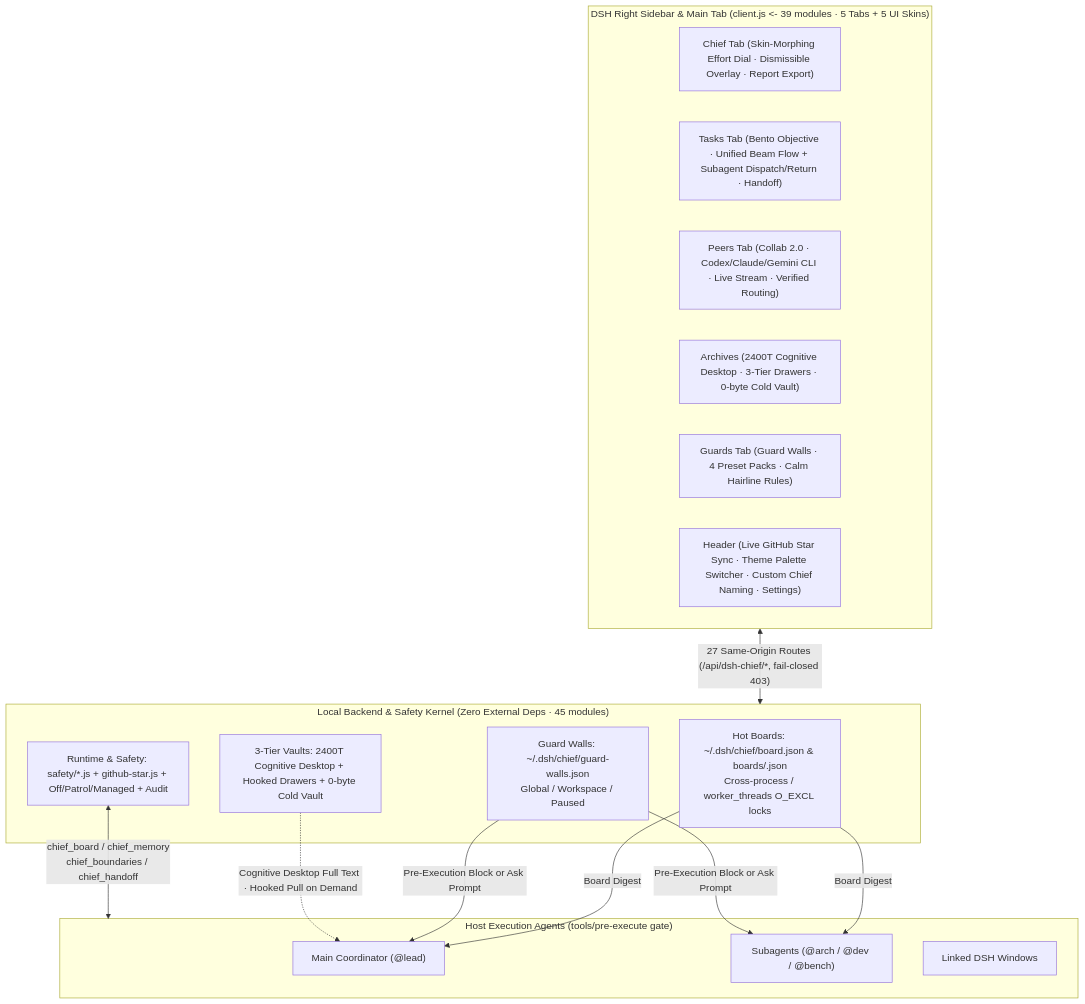
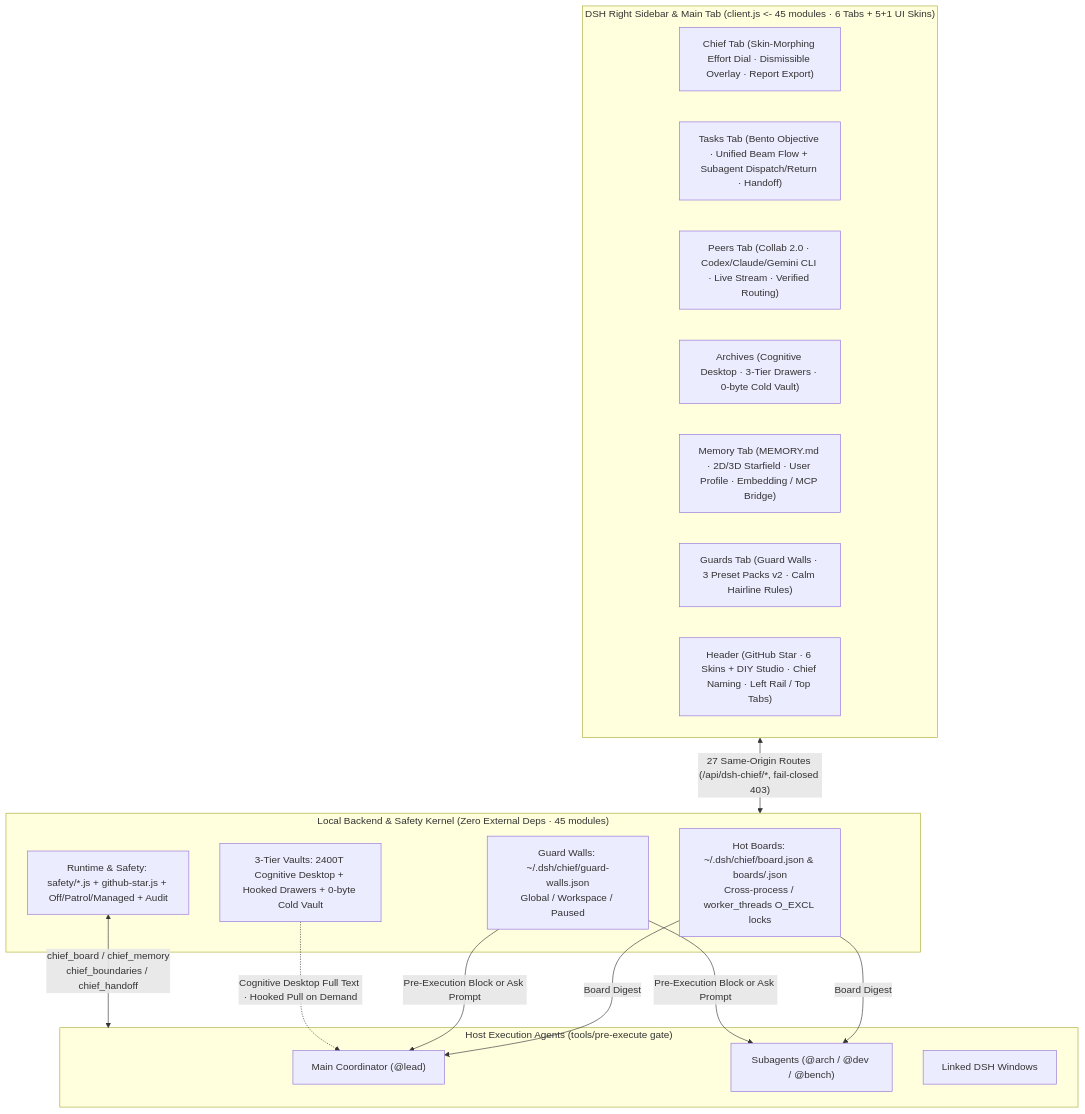
The third of 3 diagrams in README.en.md (gluztm/dsh-chief), drawn with Mermaid before and after one commit. The commit also changed other lines of this file and 66 other files, not shown here.

Commit message:
release(v1.9.0): Chief Memory Studio & Bridge, DIY Theme Studio, Sidebar Rail, Guard Wall Presets v2 & 21 live-QA fixes

````diff
--- a/README.en.md
+++ b/README.en.md
@@ -363,32 +372,33 @@
 ```mermaid
 flowchart TB
-  subgraph UI["DSH Right Sidebar & Main Tab (client.js <- 39 modules · 5 Tabs + 5 UI Skins)"]
+  subgraph UI["DSH Right Sidebar & Main Tab (client.js <- 45 modules · 6 Tabs + 5+1 UI Skins)"]
     T1["Chief Tab (Skin-Morphing Effort Dial · Dismissible Overlay · Report Export)"]
     T2["Tasks Tab (Bento Objective · Unified Beam Flow + Subagent Dispatch/Return · Handoff)"]
     T3["Peers Tab (Collab 2.0 · Codex/Claude/Gemini CLI · Live Stream · Verified Routing)"]
-    T5["Archives (2400T Cognitive Desktop · 3-Tier Drawers · 0-byte Cold Vault)"]
-    T6["Guards Tab (Guard Walls · 4 Preset Packs · Calm Hairline Rules)"]
-    T7["Header (Live GitHub Star Sync · Theme Palette Switcher · Custom Chief Naming · Settings)"]
+    T5["Archives (Cognitive Desktop · 3-Tier Drawers · 0-byte Cold Vault)"]
+    T6["Memory Tab (MEMORY.md · 2D/3D Starfield · User Profile · Embedding / MCP Bridge)"]
+    T7["Guards Tab (Guard Walls · 3 Preset Packs v2 · Calm Hairline Rules)"]
+    T8["Header (GitHub Star · 6 Skins + DIY Studio · Chief Naming · Left Rail / Top Tabs)"]
   end
 
   subgraph Core["Local Backend & Safety Kernel (Zero External Deps · 45 modules)"]
     Hot["Hot Boards: ~/.dsh/chief/board.json & boards/<sid>.json\nCross-process / worker_threads O_EXCL locks"]
     Walls["Guard Walls: ~/.dsh/chief/guard-walls.json\nGlobal / Workspace / Paused"]
     Cold["3-Tier Vaults: 2400T Cognitive Desktop + Hooked Drawers + 0-byte Cold Vault"]
     Bus["Runtime & Safety: safety/*.js + github-star.js + Off/Patrol/Managed + Audit"]
   end
 
   subgraph Agents["Host Execution Agents (tools/pre-execute gate)"]
     Lead["Main Coordinator (@lead)"]
     Subs["Subagents (@arch / @dev / @bench)"]
     Peers["Linked DSH Windows"]
   end
 
   UI <-->|"27 Same-Origin Routes (/api/dsh-chief/*, fail-closed 403)"| Core
   Hot -->|"Board Digest"| Lead
   Hot -->|"Board Digest"| Subs
   Walls -->|"Pre-Execution Block or Ask Prompt"| Lead
   Walls -->|"Pre-Execution Block or Ask Prompt"| Subs
   Cold -.->|"Cognitive Desktop Full Text · Hooked Pull on Demand"| Lead
   Bus <-->|"chief_board / chief_memory\nchief_boundaries / chief_handoff"| Agents
 ```
````
